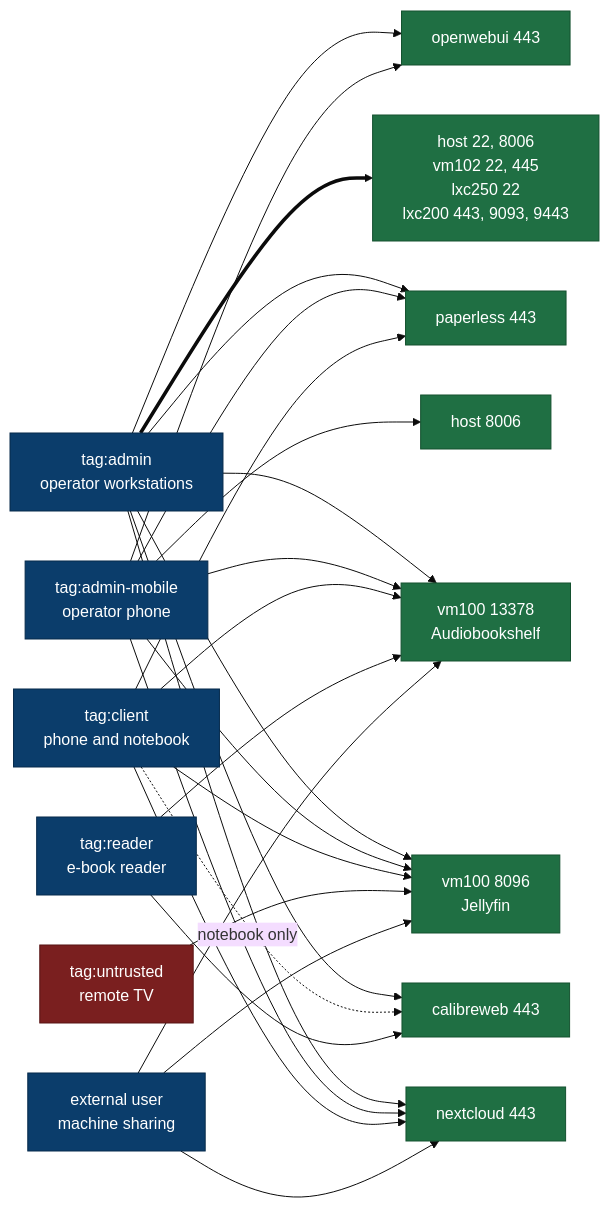
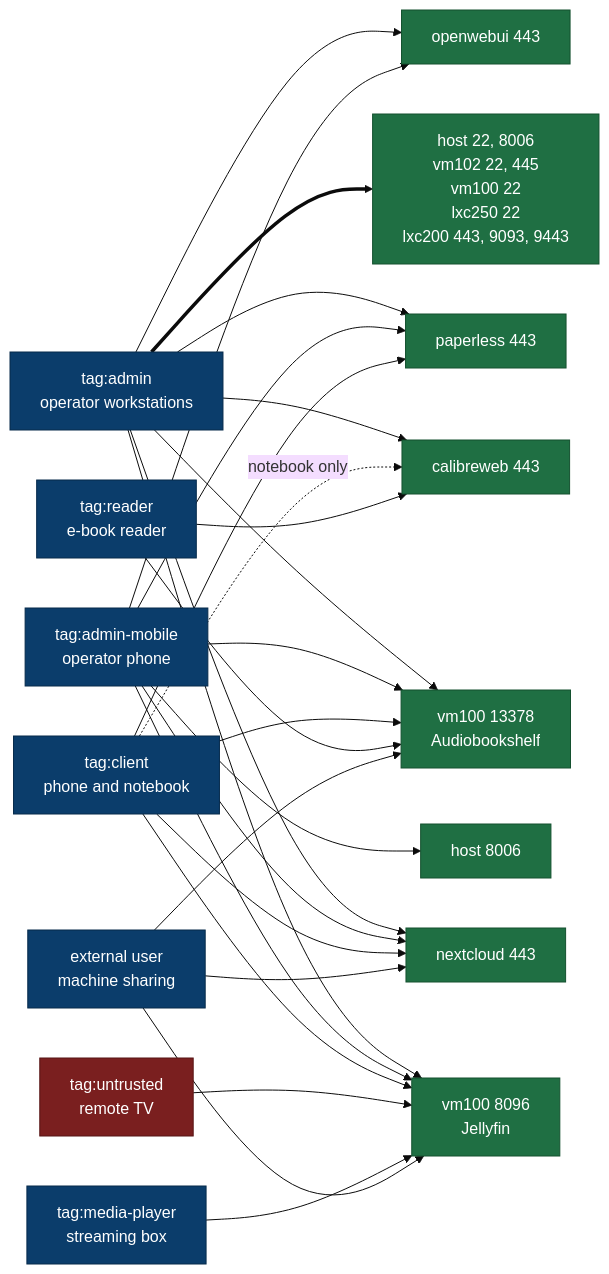
One commit to sohanreddyk/homelab-server-architecture changed the first of 4 diagrams in docs/architecture/diagram.md. Above: the diagram before and after it, drawn with Mermaid (base theme). The commit also changed other lines of this file and 12 other files, not shown here.

First line of the commit message:
docs(platform): bring diagrams and overviews to the measured state

````diff
--- a/docs/architecture/diagram.md
+++ b/docs/architecture/diagram.md
@@ -43,37 +43,39 @@
 ```mermaid
 flowchart LR
   accTitle: Tailscale ACL - access granted to people's devices
-  accDescr: Operator workstations, operator phone, end-user devices, e-book reader, a remote TV and an external user through machine sharing, each with the services and ports it may reach.
+  accDescr: Operator workstations, operator phone, end-user devices, e-book reader, a remote TV, a streaming box and an external user through machine sharing, each with the services and ports it may reach.
 
   ADMIN_S["tag:admin<br/>operator workstations"]
   MOBILE_S["tag:admin-mobile<br/>operator phone"]
   CLIENT_S["tag:client<br/>phone and notebook"]
   READER_S["tag:reader<br/>e-book reader"]
   UNTRUST_S["tag:untrusted<br/>remote TV"]
+  PLAYER_S["tag:media-player<br/>streaming box"]
   EXTERNAL_S["external user<br/>machine sharing"]
 
-  INFRA["host 22, 8006<br/>vm102 22, 445<br/>lxc250 22<br/>lxc200 443, 9093, 9443"]
+  INFRA["host 22, 8006<br/>vm102 22, 445<br/>vm100 22<br/>lxc250 22<br/>lxc200 443, 9093, 9443"]
   PVE["host 8006"]
   NC["nextcloud 443"]
   PL["paperless 443"]
   CW["calibreweb 443"]
   OW["openwebui 443"]
   JF["vm100 8096<br/>Jellyfin"]
   ABS["vm100 13378<br/>Audiobookshelf"]
 
   ADMIN_S ==> INFRA
   ADMIN_S --> NC & PL & CW & OW & JF & ABS
   MOBILE_S --> PVE & NC & PL & OW & JF & ABS
   CLIENT_S --> NC & PL & JF & ABS
   CLIENT_S -.->|"notebook only"| CW
   READER_S --> CW & ABS
   UNTRUST_S --> JF
+  PLAYER_S --> JF
   EXTERNAL_S --> NC & JF & ABS
 
   classDef src fill:#0b3d6b,stroke:#062a4b,color:#ffffff
   classDef dst fill:#1f6f43,stroke:#14512f,color:#ffffff
   classDef untrust fill:#7a1f1f,stroke:#571414,color:#ffffff
-  class ADMIN_S,MOBILE_S,CLIENT_S,READER_S,EXTERNAL_S src
+  class ADMIN_S,MOBILE_S,CLIENT_S,READER_S,PLAYER_S,EXTERNAL_S src
   class INFRA,PVE,NC,PL,CW,OW,JF,ABS dst
   class UNTRUST_S untrust
 ```
````
